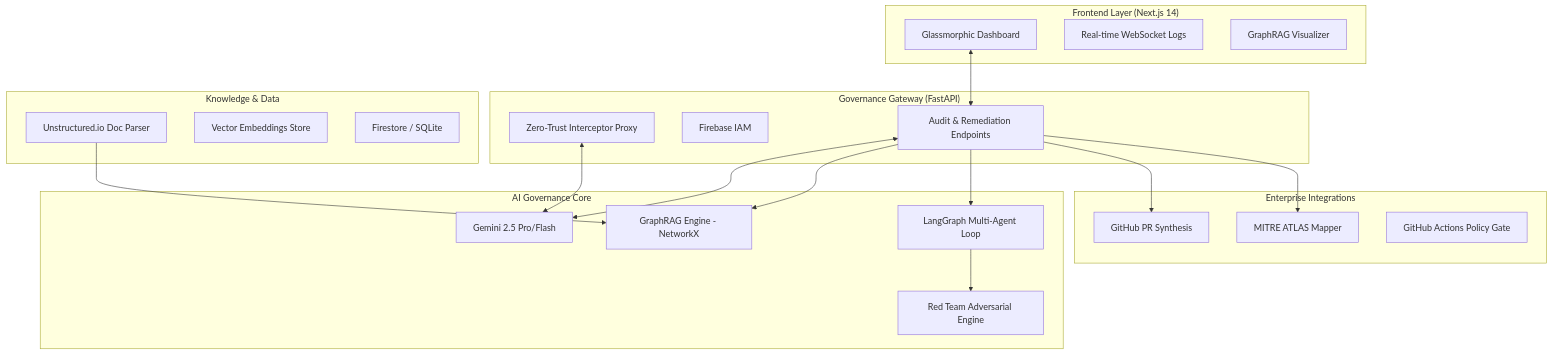
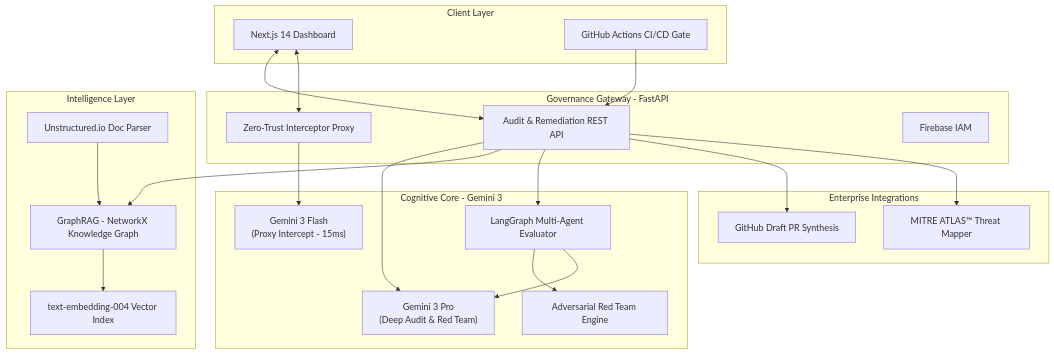
The first of 2 diagrams in README.md (shalcoder/PolicyGuard-AI), drawn with Mermaid before and after one commit. The commit also changed other lines of this file, not shown here.

Commit message:
docs: simplify Gemini model refs to Gemini 3 Pro and Flash only

````diff
--- a/README.md
+++ b/README.md
@@ -16,43 +72,45 @@
 ```mermaid
 graph TD
-    subgraph "Frontend Layer (Next.js 14)"
-        UI[Glassmorphic Dashboard]
-        WS[Real-time WebSocket Logs]
-        Vis[GraphRAG Visualizer]
+    subgraph "Client Layer"
+        Web[Next.js 14 Dashboard]
+        CI[GitHub Actions CI/CD Gate]
     end
 
-    subgraph "Governance Gateway (FastAPI)"
+    subgraph "Governance Gateway - FastAPI"
         Proxy[Zero-Trust Interceptor Proxy]
+        API[Audit & Remediation REST API]
         Auth[Firebase IAM]
-        API[Audit & Remediation Endpoints]
     end
 
-    subgraph "AI Governance Core"
-        G25[Gemini 2.5 Pro/Flash]
-        Graph[GraphRAG Engine - NetworkX]
-        LG[LangGraph Multi-Agent Loop]
-        Red[Red Team Adversarial Engine]
+    subgraph "Cognitive Core - Gemini 3"
+        G3Pro["Gemini 3 Pro\n(Deep Audit & Red Team)"]
+        G3Flash["Gemini 3 Flash\n(Proxy Intercept - 15ms)"]
+        LG[LangGraph Multi-Agent Evaluator]
+        Red[Adversarial Red Team Engine]
     end
 
-    subgraph "Knowledge & Data"
-        Docs[Unstructured.io Doc Parser]
-        Vect[Vector Embeddings Store]
-        DB[Firestore / SQLite]
+    subgraph "Intelligence Layer"
+        Graph[GraphRAG - NetworkX Knowledge Graph]
+        Unstr[Unstructured.io Doc Parser]
+        Embed[text-embedding-004 Vector Index]
     end
 
     subgraph "Enterprise Integrations"
-        GH[GitHub PR Synthesis]
-        MITRE[MITRE ATLAS Mapper]
-        CI[GitHub Actions Policy Gate]
+        GH[GitHub Draft PR Synthesis]
+        MITRE[MITRE ATLAS™ Threat Mapper]
     end
 
-    UI <--> API
-    API <--> G25
-    Proxy <--> G25
+    Web <--> API
+    Web <--> Proxy
+    CI --> API
+    API --> G3Pro
+    Proxy --> G3Flash
+    LG --> Red
+    LG --> G3Pro
+    Unstr --> Graph
+    Graph --> Embed
     API --> Graph
     API --> LG
-    LG --> Red
-    Docs --> Graph
     API --> GH
     API --> MITRE
 ```
````
